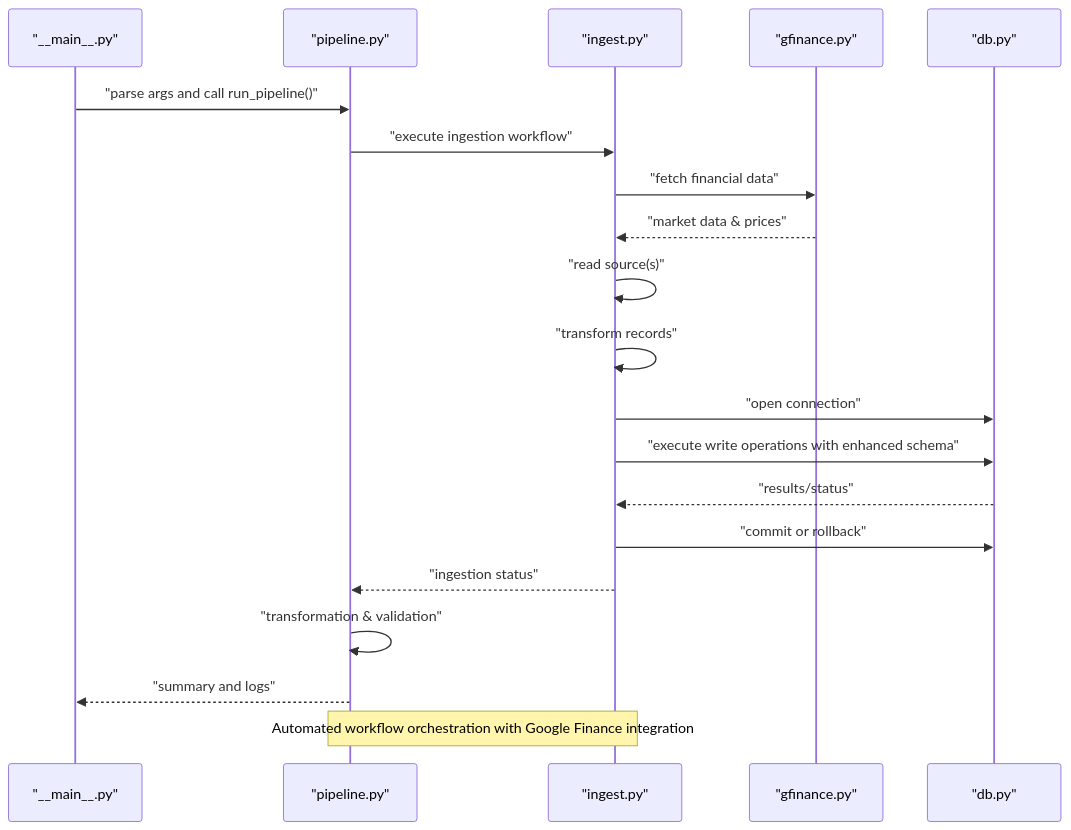
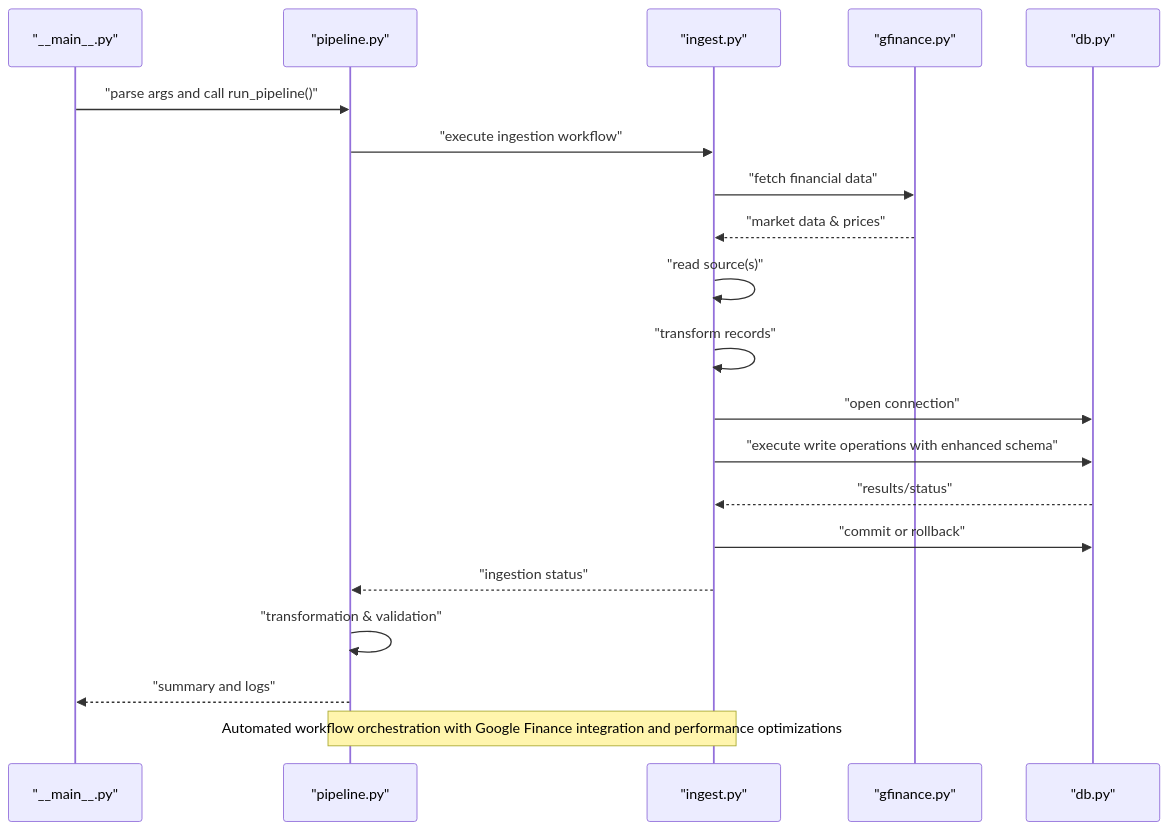
Before and after one commit to ZengSeng/telegram-bot: the second of 11 diagrams in .qoder/repowiki/en/content/Core Components/Data Engineering Module/Data Engineering Module.md, drawn with Mermaid. The commit also changed other lines of this file and 8 other files, not shown here.

````diff
--- a/.qoder/repowiki/en/content/Core Components/Data Engineering Module/Data Engineering Module.md
+++ b/.qoder/repowiki/en/content/Core Components/Data Engineering Module/Data Engineering Module.md
@@ -131,22 +132,22 @@
 ```mermaid
 sequenceDiagram
 participant CLI as "__main__.py"
 participant Pipeline as "pipeline.py"
 participant Ingest as "ingest.py"
 participant GF as "gfinance.py"
 participant DB as "db.py"
 CLI->>Pipeline : "parse args and call run_pipeline()"
 Pipeline->>Ingest : "execute ingestion workflow"
 Ingest->>GF : "fetch financial data"
 GF-->>Ingest : "market data & prices"
 Ingest->>Ingest : "read source(s)"
 Ingest->>Ingest : "transform records"
 Ingest->>DB : "open connection"
 Ingest->>DB : "execute write operations with enhanced schema"
 DB-->>Ingest : "results/status"
 Ingest->>DB : "commit or rollback"
 Ingest-->>Pipeline : "ingestion status"
 Pipeline->>Pipeline : "transformation & validation"
 Pipeline-->>CLI : "summary and logs"
-Note over Pipeline,Ingest : Automated workflow orchestration with Google Finance integration
+Note over Pipeline,Ingest : Automated workflow orchestration with Google Finance integration and performance optimizations
 ```
````
